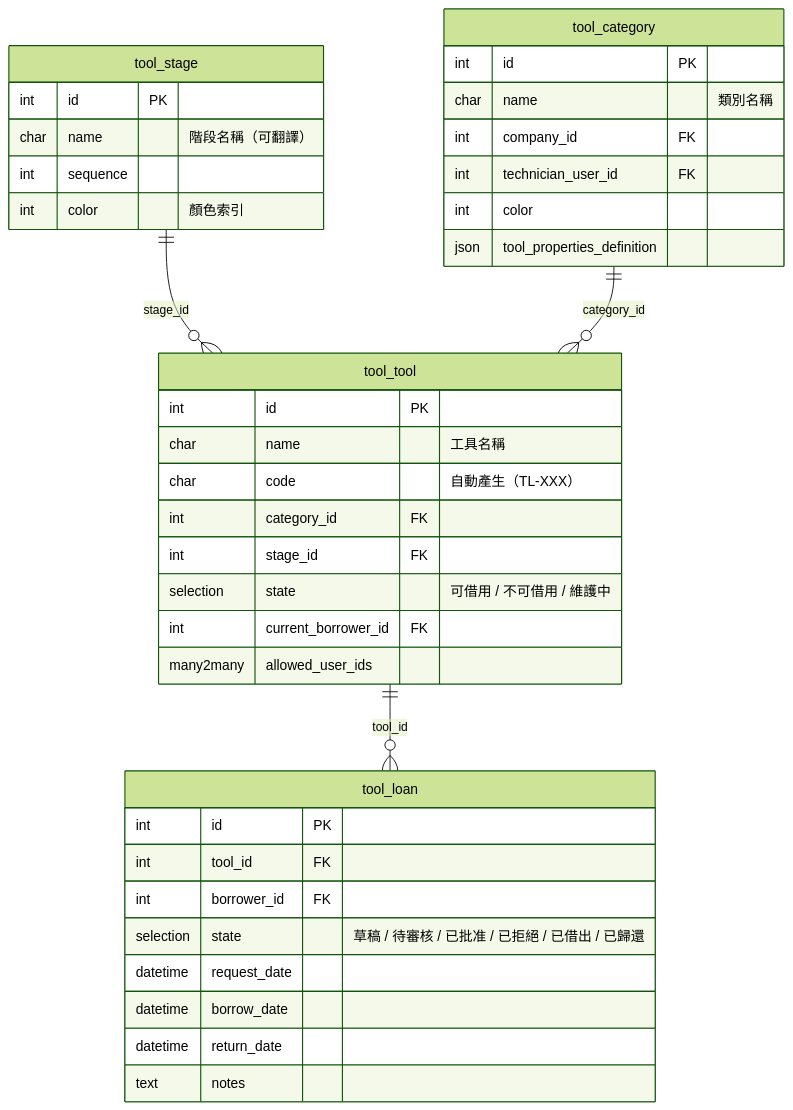
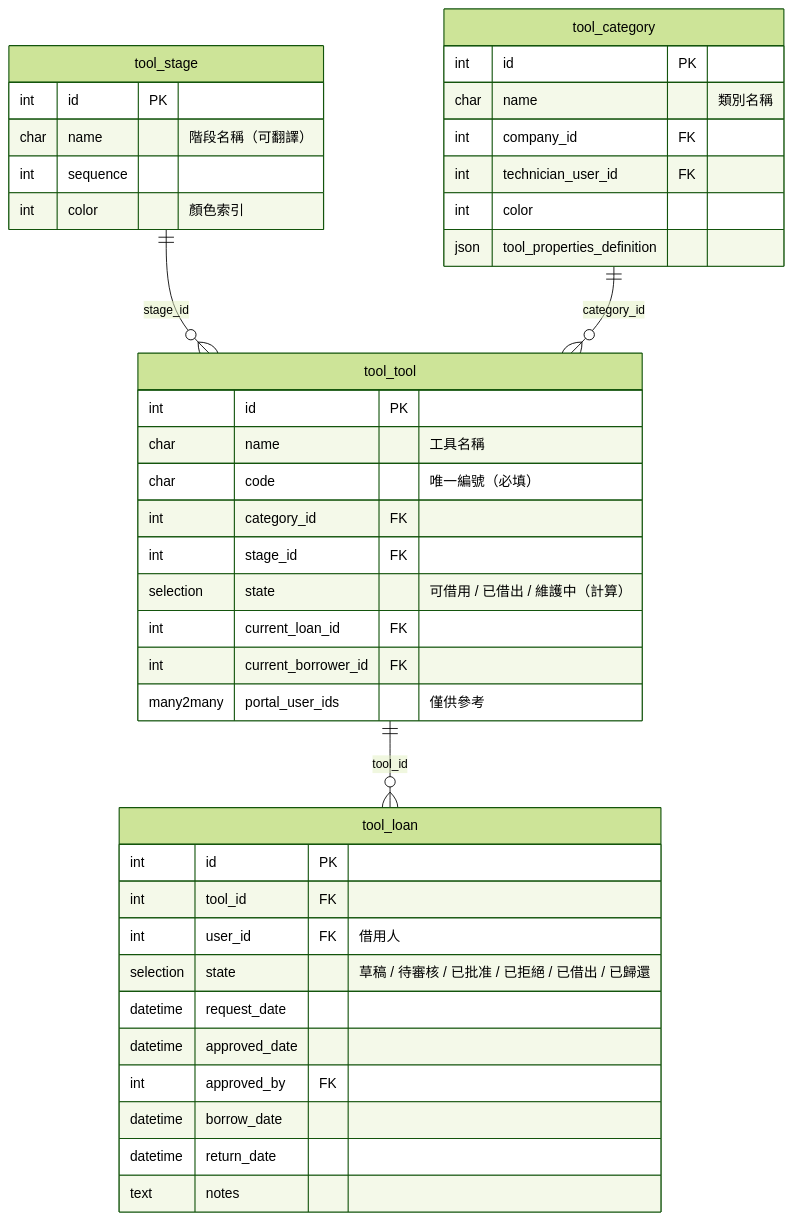
The first of 3 diagrams in README_zh_TW.md (WOOWTECH/Odoo_tool-device_borrow), drawn with Mermaid (forest theme) before and after one commit. The commit also changed other lines of this file and 20 other files, not shown here.

````diff
--- a/README_zh_TW.md
+++ b/README_zh_TW.md
@@ -107,44 +107,47 @@
 ```mermaid
 erDiagram
     tool_stage {
         int id PK
         char name "階段名稱（可翻譯）"
         int sequence
         int color "顏色索引"
     }
 
     tool_category {
         int id PK
         char name "類別名稱"
         int company_id FK
         int technician_user_id FK
         int color
         json tool_properties_definition
     }
 
     tool_tool {
         int id PK
         char name "工具名稱"
-        char code "自動產生（TL-XXX）"
+        char code "唯一編號（必填）"
         int category_id FK
         int stage_id FK
-        selection state "可借用 / 不可借用 / 維護中"
+        selection state "可借用 / 已借出 / 維護中（計算）"
+        int current_loan_id FK
         int current_borrower_id FK
-        many2many allowed_user_ids
+        many2many portal_user_ids "僅供參考"
     }
 
     tool_loan {
         int id PK
         int tool_id FK
-        int borrower_id FK
+        int user_id FK "借用人"
         selection state "草稿 / 待審核 / 已批准 / 已拒絕 / 已借出 / 已歸還"
         datetime request_date
+        datetime approved_date
+        int approved_by FK
         datetime borrow_date
         datetime return_date
         text notes
     }
 
     tool_stage ||--o{ tool_tool : "stage_id"
     tool_category ||--o{ tool_tool : "category_id"
     tool_tool ||--o{ tool_loan : "tool_id"
 ```
````
